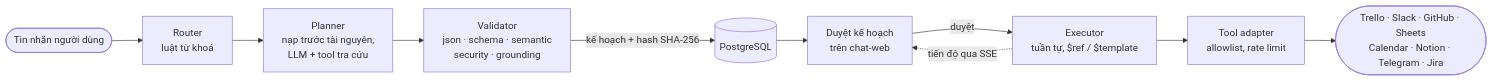
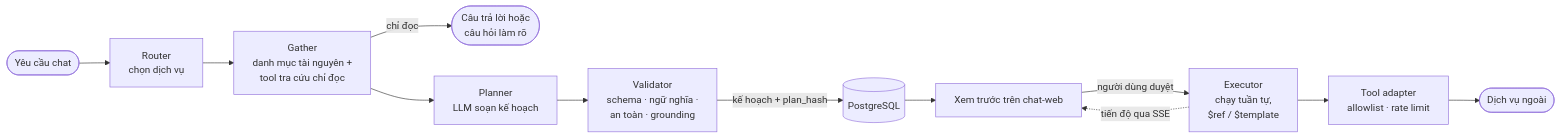
The diagram in README.vi.md (VinhDat267/ATI_Project), drawn with Mermaid before and after one commit. The commit also changed other lines of this file and 67 other files, not shown here.

````diff
--- a/README.vi.md
+++ b/README.vi.md
@@ -35,12 +95,14 @@
 ```mermaid
 flowchart LR
-  U([Tin nhắn người dùng]) --> R[Router<br/>luật từ khoá]
-  R --> P[Planner<br/>nạp trước tài nguyên,<br/>LLM + tool tra cứu]
-  P --> V[Validator<br/>json · schema · semantic<br/>security · grounding]
-  V -->|kế hoạch + hash SHA-256| DB[(PostgreSQL)]
-  DB --> W[Duyệt kế hoạch<br/>trên chat-web]
-  W -->|duyệt| E[Executor<br/>tuần tự, $ref / $template]
-  E --> A[Tool adapter<br/>allowlist, rate limit]
-  A --> S([Trello · Slack · GitHub · Sheets<br/>Calendar · Notion · Telegram · Jira])
+  U([Yêu cầu chat]) --> R[Router<br/>chọn dịch vụ]
+  R --> G[Gather<br/>danh mục tài nguyên +<br/>tool tra cứu chỉ đọc]
+  G -->|chỉ đọc| A([Câu trả lời hoặc<br/>câu hỏi làm rõ])
+  G --> P[Planner<br/>LLM soạn kế hoạch]
+  P --> V[Validator<br/>schema · ngữ nghĩa ·<br/>an toàn · grounding]
+  V -->|kế hoạch + plan_hash| DB[(PostgreSQL)]
+  DB --> W[Xem trước trên chat-web]
+  W -->|người dùng duyệt| E[Executor<br/>chạy tuần tự,<br/>$ref / $template]
+  E --> T[Tool adapter<br/>allowlist · rate limit]
+  T --> S([Dịch vụ ngoài])
   E -.->|tiến độ qua SSE| W
 ```
````
